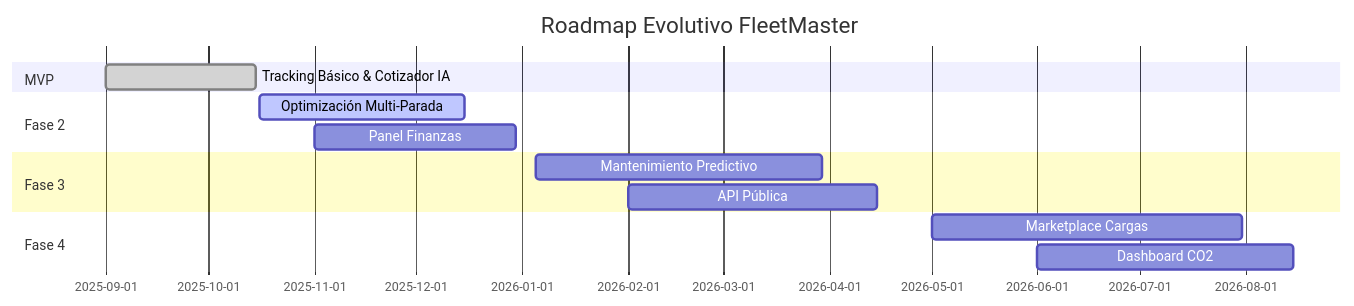
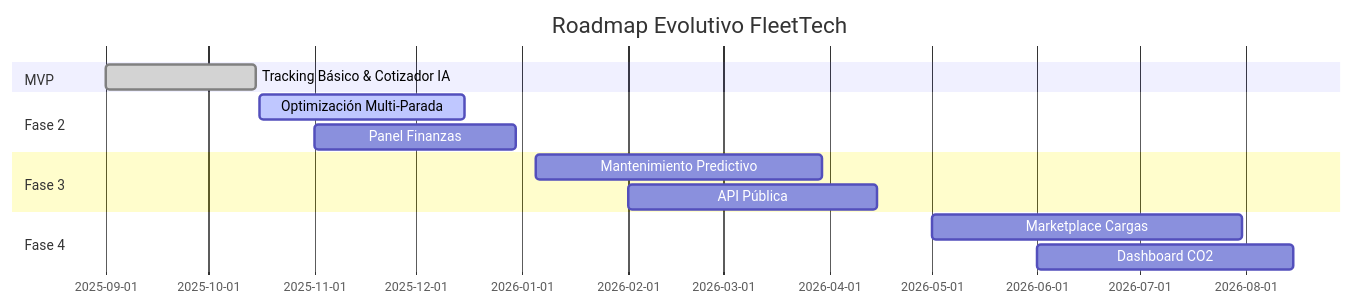
Before and after one commit to Sebastiaaann/FletesM: the sixth of 10 diagrams in ARQUITECTURA_DIAGRAMAS_PROMPTS.md, drawn with Mermaid. The commit also changed other lines of this file and 19 other files, not shown here.

First line of the commit message:
refactor: rename project from FleetMaster to FleetTech across all files

````diff
--- a/ARQUITECTURA_DIAGRAMAS_PROMPTS.md
+++ b/ARQUITECTURA_DIAGRAMAS_PROMPTS.md
@@ -142,16 +142,16 @@
 ```mermaid
 gantt
   dateFormat  YYYY-MM-DD
-  title Roadmap Evolutivo FleetMaster
+  title Roadmap Evolutivo FleetTech
   section MVP
   Tracking Básico & Cotizador IA     :done, m1, 2025-09-01,2025-10-15
   section Fase 2
   Optimización Multi-Parada          :active, m2, 2025-10-16,2025-12-15
   Panel Finanzas                     :m3, 2025-11-01,2025-12-30
   section Fase 3
   Mantenimiento Predictivo           :m4, 2026-01-05,2026-03-30
   API Pública                        :m5, 2026-02-01,2026-04-15
   section Fase 4
   Marketplace Cargas                 :m6, 2026-05-01,2026-07-31
   Dashboard CO2                      :m7, 2026-06-01,2026-08-15
 ```
````
